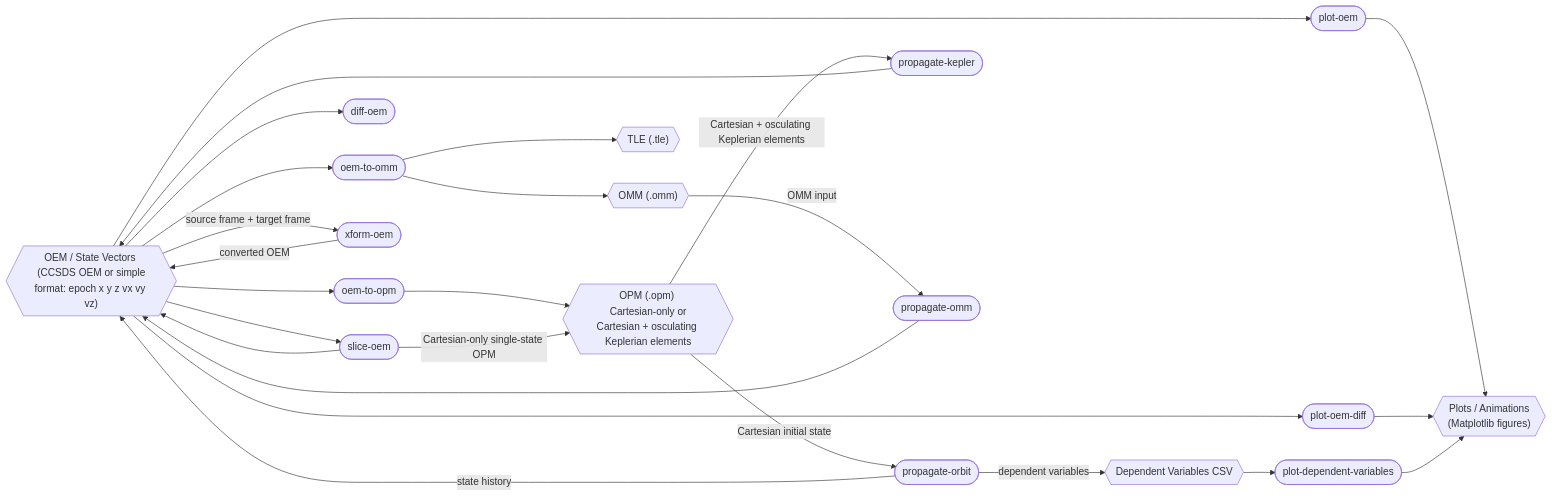
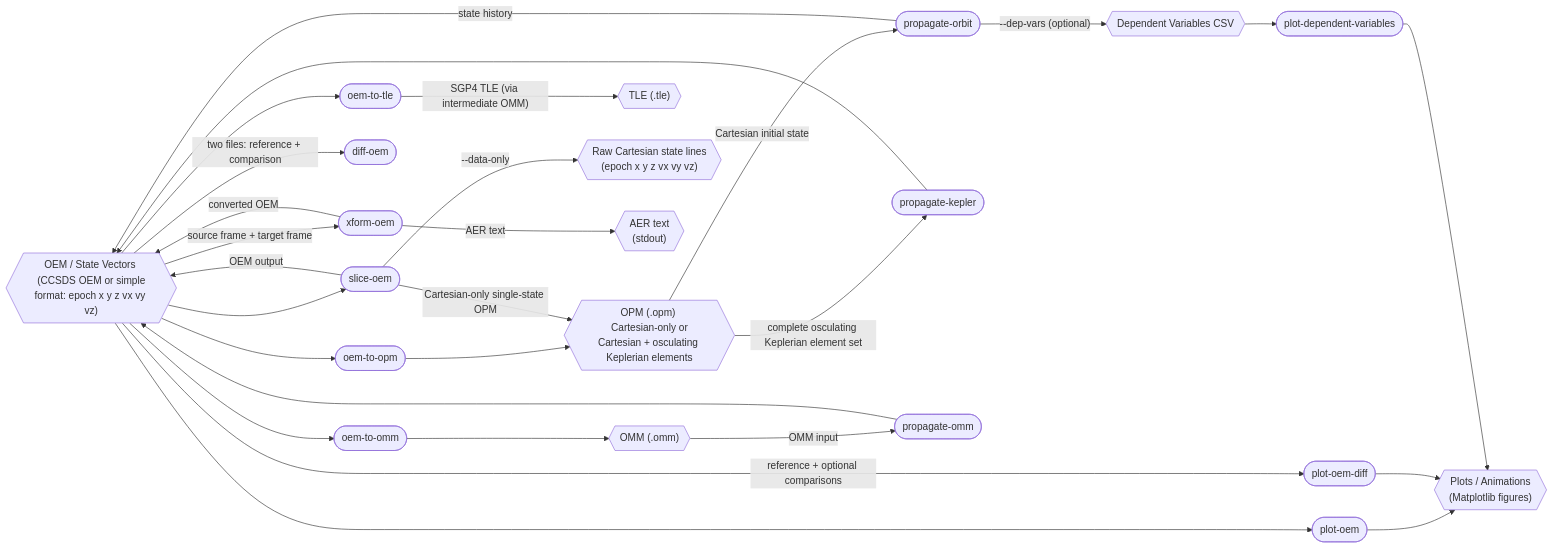
The first of 2 diagrams in README.md (jeongyunl/ephem-toolkit), drawn with Mermaid before and after one commit. The commit also changed other lines of this file, not shown here.

Commit message:
Refactor README to enhance clarity on propagation commands and data flow, adding new commands and improving descriptions for better usability.

````diff
--- a/README.md
+++ b/README.md
@@ -15,53 +15,59 @@
 ```mermaid
 flowchart LR
     fmt_oem{{"OEM / State Vectors <br/> (CCSDS OEM or simple format: epoch x y z vx vy vz)"}}
     fmt_opm{{"OPM (.opm) <br/> Cartesian-only or Cartesian + osculating Keplerian elements"}}
     fmt_omm{{"OMM (.omm)"}}
     fmt_tle{{"TLE (.tle)"}}
     fmt_dep_vars_csv{{"Dependent Variables CSV"}}
     fmt_plots{{"Plots / Animations <br/> (Matplotlib figures)"}}
+    fmt_raw_states{{"Raw Cartesian state lines <br/> (epoch x y z vx vy vz)"}}
+    fmt_aer{{"AER text <br/> (stdout)"}}
 
     oem_to_omm(["oem-to-omm"])
+    oem_to_tle(["oem-to-tle"])
     oem_to_opm(["oem-to-opm"])
     propagate_sat(["propagate-orbit"])
     propagate_kepler(["propagate-kepler"])
     propagate_omm(["propagate-omm"])
     plot_oem(["plot-oem"])
     plot_oem_diff(["plot-oem-diff"])
     plot_dep_vars(["plot-dependent-variables"])
     diff_oem(["diff-oem"])
     slice_oem(["slice-oem"])
     xform_oem(["xform-oem"])
 
     fmt_oem --> oem_to_omm
     oem_to_omm --> fmt_omm
-    oem_to_omm --> fmt_tle
+    fmt_oem --> oem_to_tle
+    oem_to_tle -->|"SGP4 TLE (via intermediate OMM)"| fmt_tle
     fmt_oem --> oem_to_opm
     oem_to_opm --> fmt_opm
 
     fmt_opm -->|"Cartesian initial state"| propagate_sat
     propagate_sat -->|"state history"| fmt_oem
-    propagate_sat -->|"dependent variables"| fmt_dep_vars_csv
+    propagate_sat -->|"--dep-vars (optional)"| fmt_dep_vars_csv
 
-    fmt_opm -->|"Cartesian + osculating Keplerian elements"| propagate_kepler
+    fmt_opm -->|"complete osculating Keplerian element set"| propagate_kepler
     propagate_kepler --> fmt_oem
 
     fmt_omm -->|"OMM input"| propagate_omm
     propagate_omm --> fmt_oem
 
-    fmt_oem --> diff_oem
+    fmt_oem -->|"two files: reference + comparison"| diff_oem
     fmt_oem --> plot_oem
-    fmt_oem --> plot_oem_diff
+    fmt_oem -->|"reference + optional comparisons"| plot_oem_diff
     plot_oem --> fmt_plots
     plot_oem_diff --> fmt_plots
 
     fmt_dep_vars_csv --> plot_dep_vars
     plot_dep_vars --> fmt_plots
 
     fmt_oem --> slice_oem
-    slice_oem --> fmt_oem
+    slice_oem -->|"OEM output"| fmt_oem
+    slice_oem -->|"--data-only"| fmt_raw_states
     slice_oem -->|"Cartesian-only single-state OPM"| fmt_opm
 
     fmt_oem -->|"source frame + target frame"| xform_oem
     xform_oem -->|"converted OEM"| fmt_oem
+    xform_oem -->|"AER text"| fmt_aer
 ```
````
